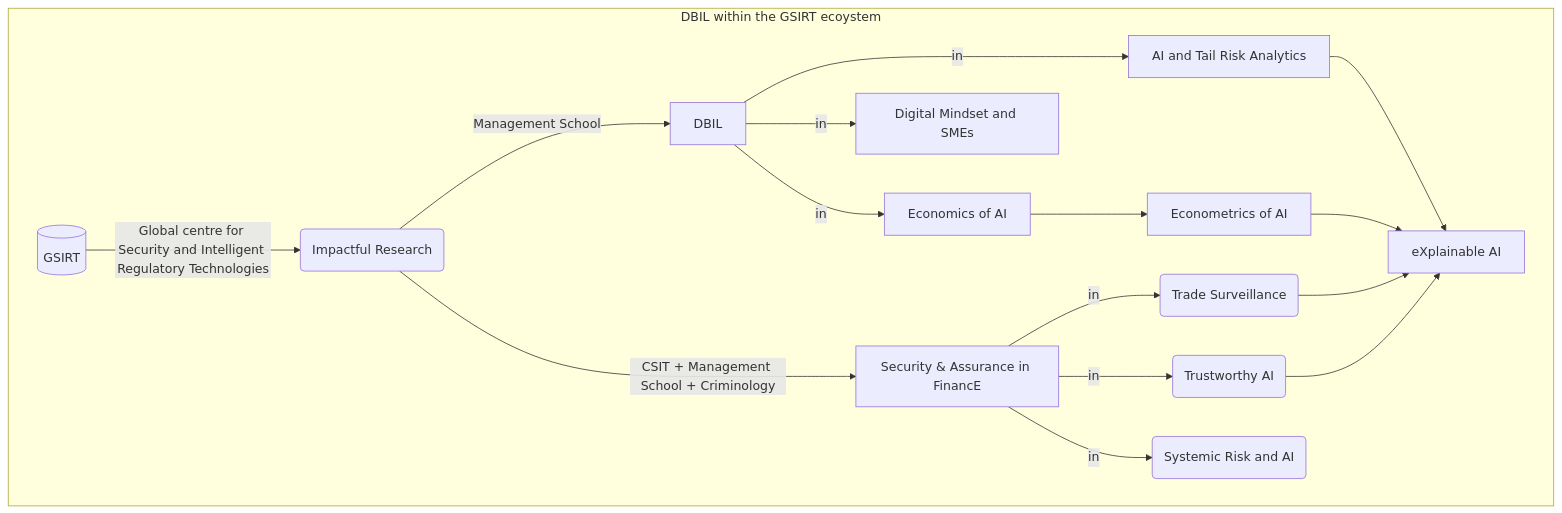
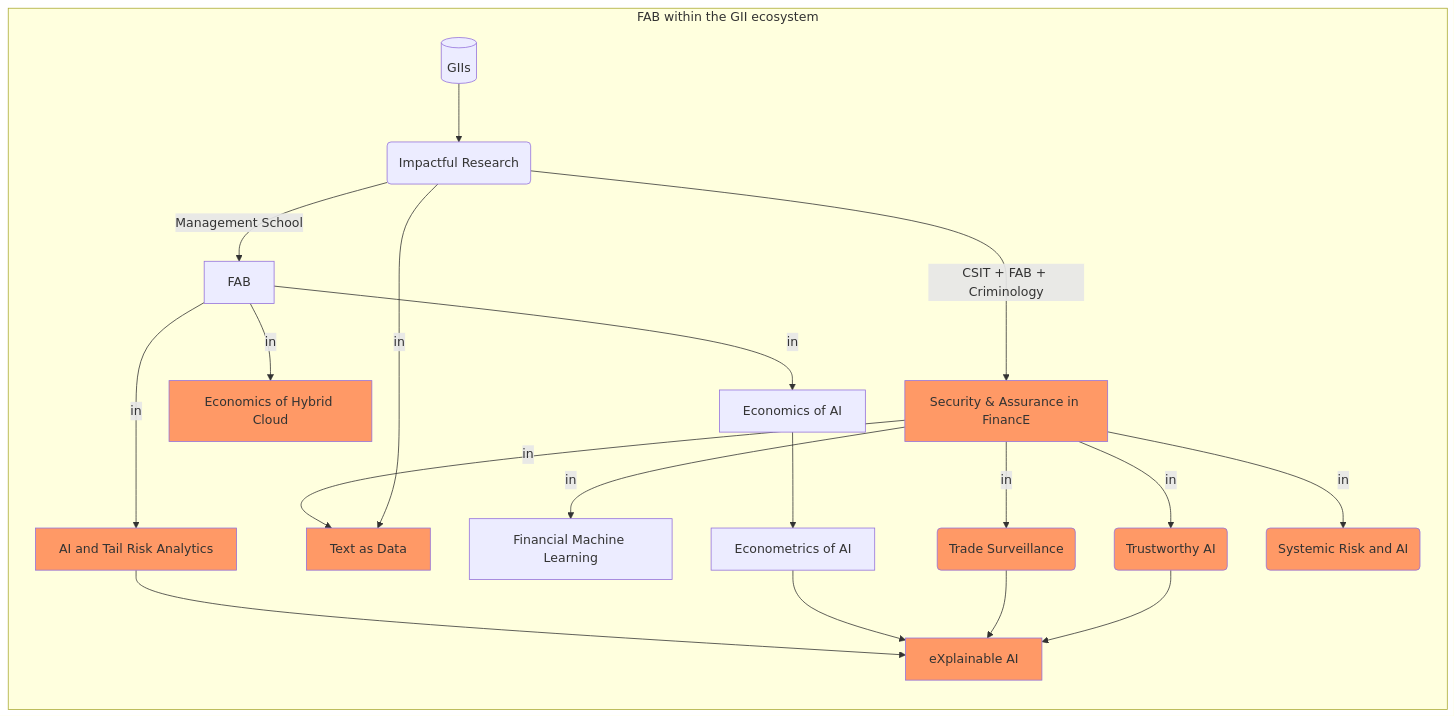
One commit to quinfer/research-centre changed the second of 2 diagrams in index.qmd. Above: the diagram before and after it, drawn with Mermaid. The commit also changed other lines of this file and 4 other files, not shown here.

````diff
--- a/index.qmd
+++ b/index.qmd
@@ -76,15 +82,19 @@
 ```{mermaid}
-graph TD
- subgraph DBIL within the GSIRT ecoystem
-    A[(GSIRT)]-->|Global centre for Security and Intelligent Regulatory Technologies | C(Impactful Research)
-    C -->|CSIT + Management School + Criminology| D[Security & Assurance in FinancE]
-    C -->|Management School| E[DBIL]
-    E -->|in| F[AI and Tail Risk Analytics]
-    E -->|in| G[Digital Mindset and SMEs]
+graph LR
+ subgraph FAB within the GII ecosystem
+    A[(GIIs)]--> C(Impactful Research)
+    C -->|CSIT + FAB + Criminology| D[Security & Assurance in FinancE]
+    C -->|Management School| E[FAB]
+    E -->|in| F[AI and Tail Risk Analytics]:::reg
+    E -->|in| X[Economics of Hybrid Cloud]:::reg
+    
+    D:::reg & C -->|in| N[Text as Data]:::reg
+    D -->|in| P[Financial Machine Learning]
     E -->|in| H[Economics of AI] --> L[Econometrics of AI]
-    D --> |in| I(Trade Surveillance)
-    D --> |in| J(Trustworthy AI)
-    D --> |in| K(Systemic Risk and AI)
-    F & L & I & J --> M[eXplainable AI]
+    D --> |in| I(Trade Surveillance):::reg
+    D --> |in| J(Trustworthy AI):::reg
+    D --> |in| K(Systemic Risk and AI):::reg
+    F & L & I & J --> M[eXplainable AI]:::reg
+    classDef reg fill:#f96;
   end
 ```
````
